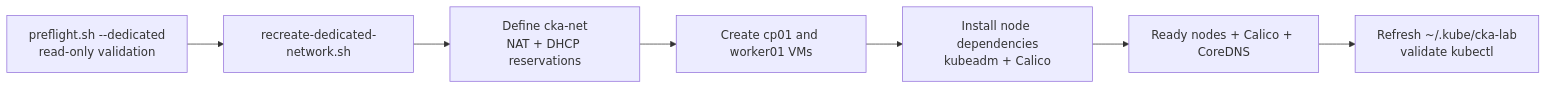
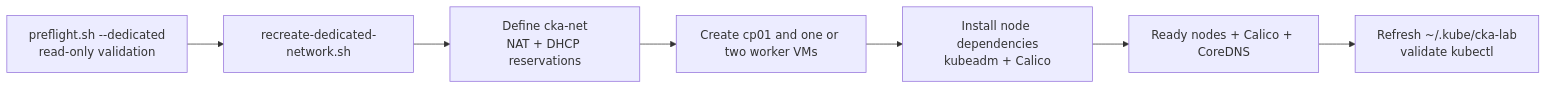
Before and after one commit to secopsarch/k8s-disposable-lab: the first of 4 diagrams in docs/architecture-and-operations.md, drawn with Mermaid. The commit also changed other lines of this file and 5 other files, not shown here.

````diff
--- a/docs/architecture-and-operations.md
+++ b/docs/architecture-and-operations.md
@@ -17,9 +17,9 @@
 ```mermaid
 flowchart LR
     P[preflight.sh --dedicated<br/>read-only validation] --> N[recreate-dedicated-network.sh]
     N --> NET[Define cka-net<br/>NAT + DHCP reservations]
-    NET --> VM[Create cp01 and worker01 VMs]
+    NET --> VM[Create cp01 and one or two worker VMs]
     VM --> BOOT[Install node dependencies<br/>kubeadm + Calico]
     BOOT --> VALIDATE[Ready nodes + Calico + CoreDNS]
     VALIDATE --> KC[Refresh ~/.kube/cka-lab<br/>validate kubectl]
 ```
````
